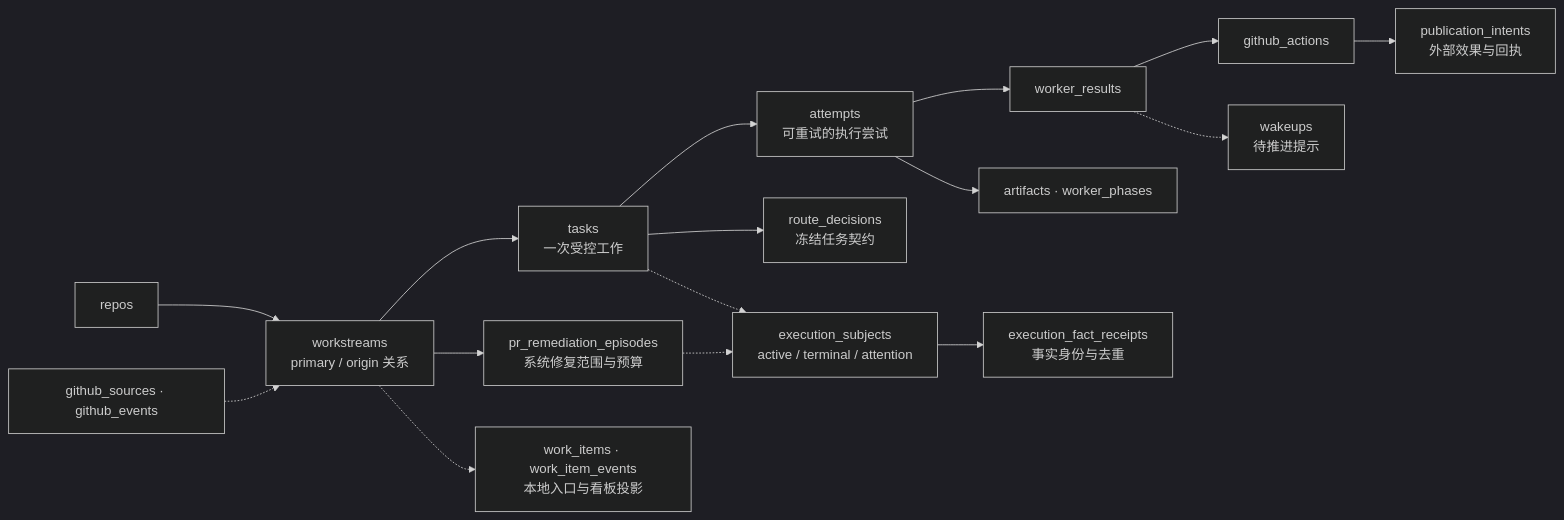
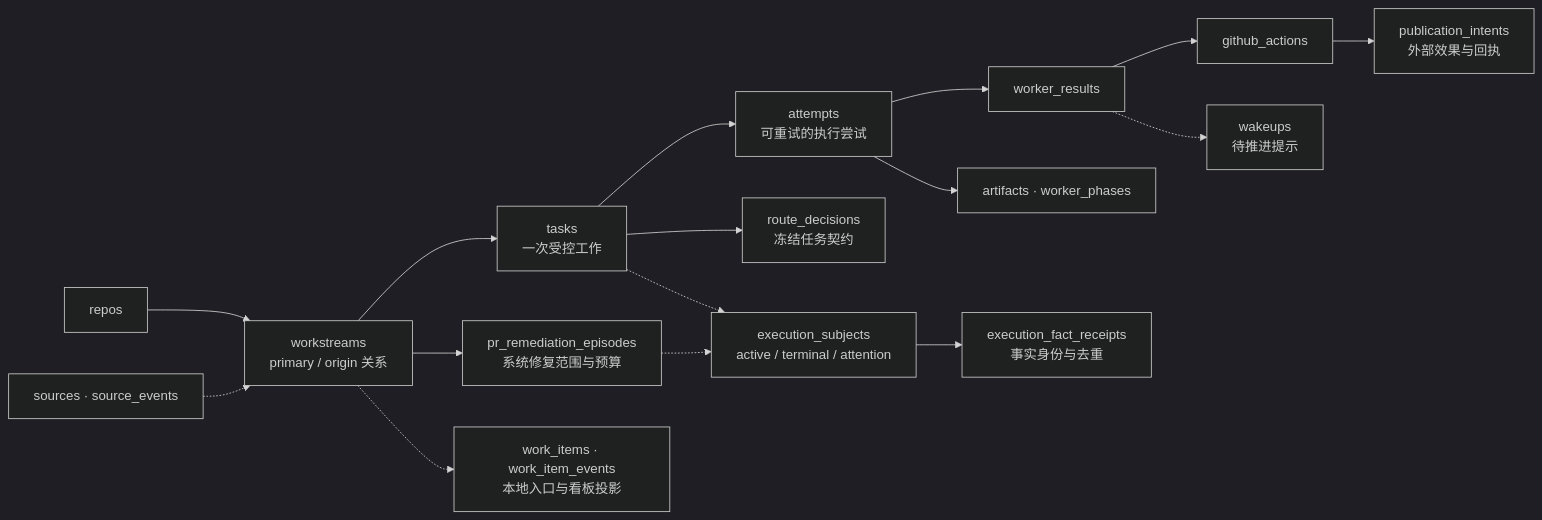
Diagram 13 of 13 in docs/architecture.md (wklken/Robert), drawn with Mermaid (dark theme) before and after one commit. The commit also changed other lines of this file and 344 other files, not shown here.

````diff
--- a/docs/architecture.md
+++ b/docs/architecture.md
@@ -608,18 +610,18 @@
 ```mermaid
 flowchart LR
     Repo["repos"] --> WS["workstreams<br/>primary / origin 关系"]
-    Source["github_sources · github_events"] -.-> WS
+    Source["sources · source_events"] -.-> WS
     WS --> Task["tasks<br/>一次受控工作"]
     WS --> Episode["pr_remediation_episodes<br/>系统修复范围与预算"]
     Task --> Attempt["attempts<br/>可重试的执行尝试"]
     Task --> Route["route_decisions<br/>冻结任务契约"]
     Attempt --> Result["worker_results"]
     Result --> Action["github_actions"]
     Action --> Intent["publication_intents<br/>外部效果与回执"]
     Attempt --> Artifact["artifacts · worker_phases"]
     Task -.-> Control["execution_subjects<br/>active / terminal / attention"]
     Episode -.-> Control
     Control --> Facts["execution_fact_receipts<br/>事实身份与去重"]
     WS -.-> Item["work_items · work_item_events<br/>本地入口与看板投影"]
     Result -.-> Wake["wakeups<br/>待推进提示"]
 ```
````
